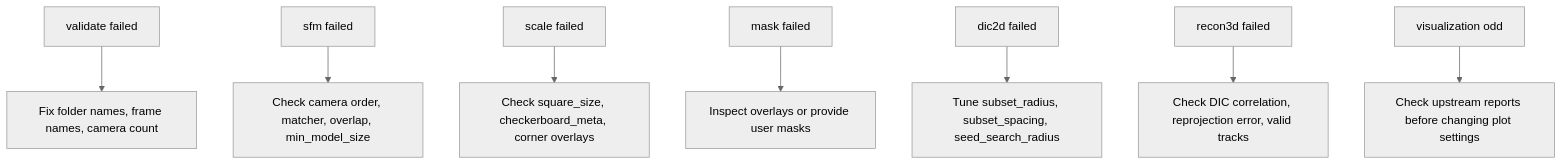
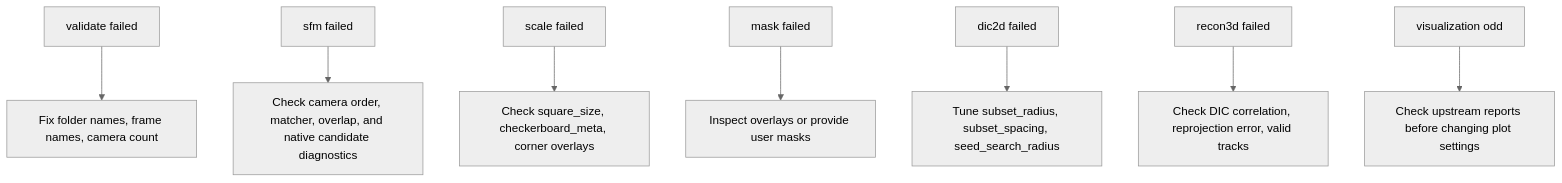
Before and after one commit to lbd-hfut/Multi-DIC: the second of 2 diagrams in docs/pymultidic_usage_en.md, drawn with Mermaid (neutral theme). The commit also changed other lines of this file and 2094 other files, not shown here.

````diff
--- a/docs/pymultidic_usage_en.md
+++ b/docs/pymultidic_usage_en.md
@@ -1412,10 +1447,10 @@
 ```mermaid
 flowchart TD
     A["validate failed"] --> A1["Fix folder names, frame names, camera count"]
-    B["sfm failed"] --> B1["Check camera order, matcher, overlap, min_model_size"]
+    B["sfm failed"] --> B1["Check camera order, matcher, overlap, and native candidate diagnostics"]
     C["scale failed"] --> C1["Check square_size, checkerboard_meta, corner overlays"]
     D["mask failed"] --> D1["Inspect overlays or provide user masks"]
     E["dic2d failed"] --> E1["Tune subset_radius, subset_spacing, seed_search_radius"]
     F["recon3d failed"] --> F1["Check DIC correlation, reprojection error, valid tracks"]
     G["visualization odd"] --> G1["Check upstream reports before changing plot settings"]
 ```
````
